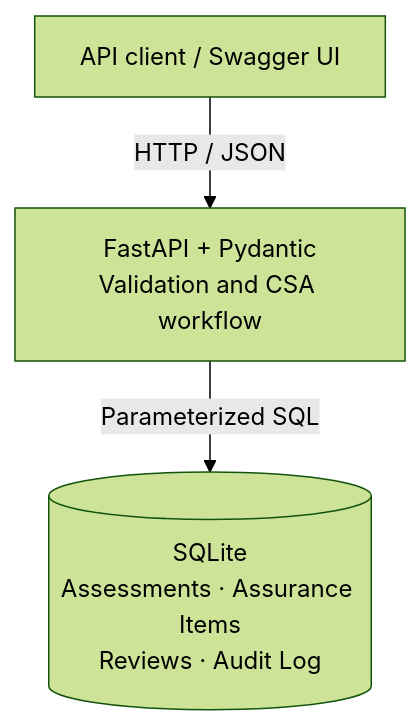
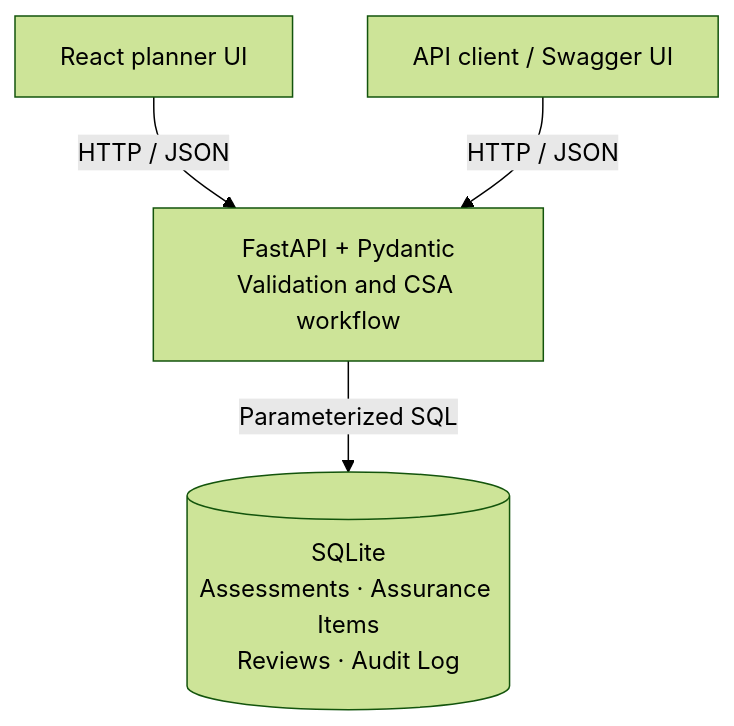
One commit to alianisreyesr/csa-assurance-planner changed the second of 2 diagrams in README.md. Above: the diagram before and after it, drawn with Mermaid (forest theme). The commit also changed other lines of this file and 23 other files, not shown here.

First line of the commit message:
feat: add React planner UI, /health, LICENSE, and CI frontend build

````diff
--- a/README.md
+++ b/README.md
@@ -44,9 +45,11 @@
 ```mermaid
 flowchart TD
+    UI[React planner UI]
     Client[API client / Swagger UI]
     API[FastAPI + Pydantic\nValidation and CSA workflow]
     DB[(SQLite\nAssessments · Assurance Items\nReviews · Audit Log)]
 
+    UI -->|HTTP / JSON| API
     Client -->|HTTP / JSON| API
     API -->|Parameterized SQL| DB
 ```
````
